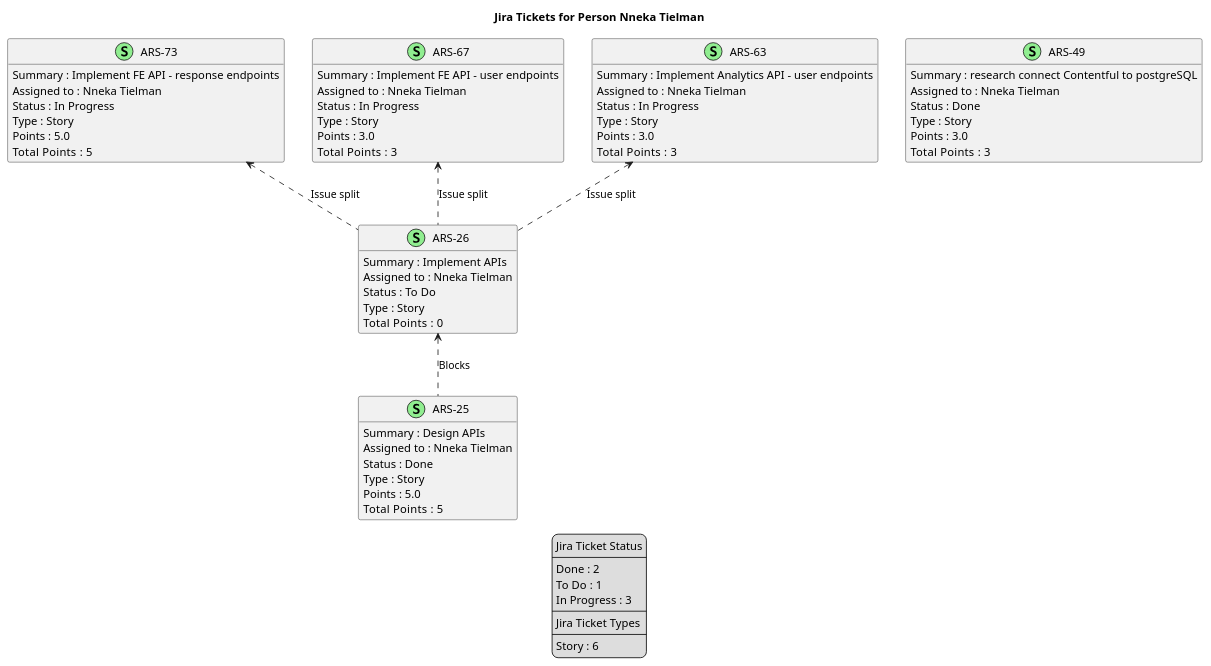
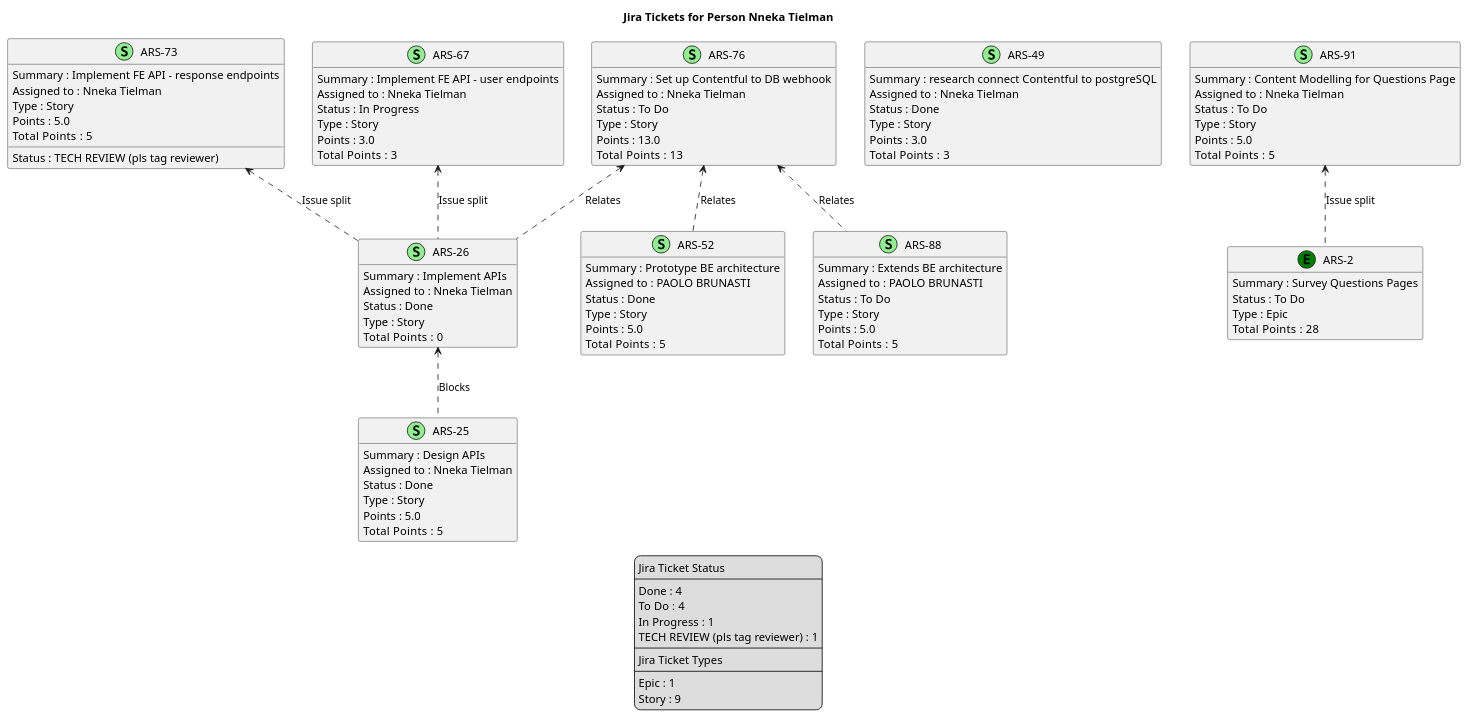
Before and after one commit to brunasti/jiraplotter: the diagram in docs/nexus/jira-Person-Nneka_Tielman.puml, drawn with PlantUML. The commit also changed 23 other files, not shown here.

Commit message:
Regenerates Nexus diagrams

```diff
--- a/docs/nexus/jira-Person-Nneka_Tielman.puml
+++ b/docs/nexus/jira-Person-Nneka_Tielman.puml
@@ -1,90 +1,132 @@
 @startuml
 'https://plantuml.com/class-diagram
 
 ' GENERATE CLASS DIAGRAM ===========
-' Generated at    : Thu May 23 13:36:26 CEST 2024
+' Generated at    : Mon May 27 11:35:03 CEST 2024
 
 title Jira Tickets for Person Nneka Tielman
 hide empty members
 
 legend
 Jira Ticket Status
 ----
-Done : 2
-To Do : 1
-In Progress : 3
+Done : 4
+To Do : 4
+In Progress : 1
+TECH REVIEW (pls tag reviewer) : 1
 ----
 Jira Ticket Types
 ----
-Story : 6
+Epic : 1
+Story : 9
 end legend
 
 
 ' Tickets =======
 class "ARS-73" << (S,lightgreen) >> {
  Summary : Implement FE API - response endpoints
  Assigned to : Nneka Tielman
- Status : In Progress
+ Status : TECH REVIEW (pls tag reviewer)
  Type : Story
  Points : 5.0
 Total  Points : 5
 }
 
 class "ARS-49" << (S,lightgreen) >> {
  Summary : research connect Contentful to postgreSQL
  Assigned to : Nneka Tielman
  Status : Done
  Type : Story
  Points : 3.0
 Total  Points : 3
+}
+
+class "ARS-91" << (S,lightgreen) >> {
+ Summary : Content Modelling for Questions Page
+ Assigned to : Nneka Tielman
+ Status : To Do
+ Type : Story
+ Points : 5.0
+Total  Points : 5
 }
 
 class "ARS-67" << (S,lightgreen) >> {
  Summary : Implement FE API - user endpoints
  Assigned to : Nneka Tielman
  Status : In Progress
  Type : Story
  Points : 3.0
 Total  Points : 3
 }
 
 class "ARS-25" << (S,lightgreen) >> {
  Summary : Design APIs
  Assigned to : Nneka Tielman
  Status : Done
  Type : Story
  Points : 5.0
 Total  Points : 5
 }
 
 class "ARS-26" << (S,lightgreen) >> {
  Summary : Implement APIs
  Assigned to : Nneka Tielman
- Status : To Do
+ Status : Done
  Type : Story
 Total  Points : 0
 }
 
-class "ARS-63" << (S,lightgreen) >> {
- Summary : Implement Analytics API - user endpoints
+class "ARS-52" << (S,lightgreen) >> {
+ Summary : Prototype BE architecture
+ Assigned to : PAOLO BRUNASTI
+ Status : Done
+ Type : Story
+ Points : 5.0
+Total  Points : 5
+}
+
+class "ARS-2" << (E,green) >> {
+ Summary : Survey Questions Pages
+ Status : To Do
+ Type : Epic
+Total  Points : 28
+}
+
+class "ARS-76" << (S,lightgreen) >> {
+ Summary : Set up Contentful to DB webhook
  Assigned to : Nneka Tielman
- Status : In Progress
+ Status : To Do
  Type : Story
- Points : 3.0
-Total  Points : 3
+ Points : 13.0
+Total  Points : 13
+}
+
+class "ARS-88" << (S,lightgreen) >> {
+ Summary : Extends BE architecture
+ Assigned to : PAOLO BRUNASTI
+ Status : To Do
+ Type : Story
+ Points : 5.0
+Total  Points : 5
 }
 
 
 
 ' Links =======
+"ARS-91" <.. "ARS-2" : Issue split
+
 "ARS-26" <.. "ARS-25" : Blocks
 
 "ARS-67" <.. "ARS-26" : Issue split
 
-"ARS-63" <.. "ARS-26" : Issue split
+"ARS-73" <.. "ARS-26" : Issue split
 
-"ARS-73" <.. "ARS-26" : Issue split
+"ARS-76" <.. "ARS-26" : Relates
+
+"ARS-76" <.. "ARS-52" : Relates
+
+"ARS-76" <.. "ARS-88" : Relates
 
 
 
 @enduml
```
